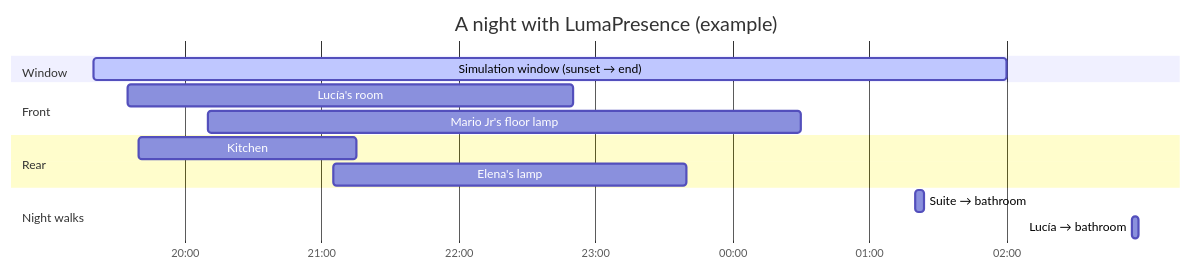
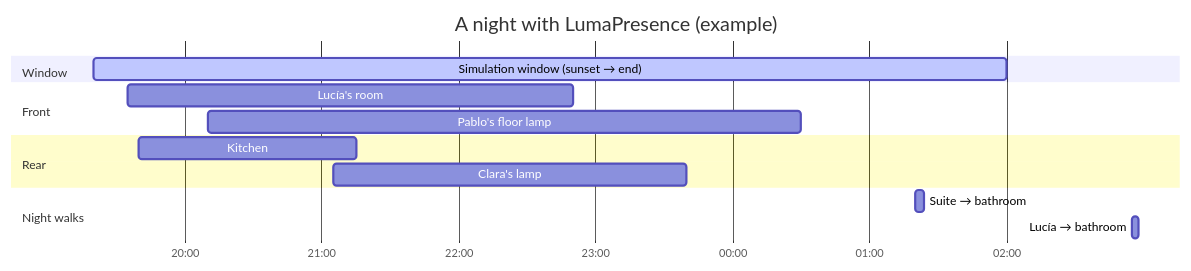
Before and after one commit to jdgarcia99/ha-luma-presence: the second of 4 diagrams in README.md, drawn with Mermaid.

Commit message:
Update names in README for consistency

````diff
--- a/README.md
+++ b/README.md
@@ -43,17 +43,17 @@
 ```mermaid
 gantt
     title A night with LumaPresence (example)
     dateFormat YYYY-MM-DD HH:mm
     axisFormat %H:%M
     section Window
     Simulation window (sunset → end)   :active, w, 2026-10-16 19:20, 2026-10-17 02:00
     section Front
     Lucía's room                         :f1, 2026-10-16 19:35, 2026-10-16 22:50
-    Mario Jr's floor lamp              :f2, 2026-10-16 20:10, 2026-10-17 00:30
+    Pablo's floor lamp              :f2, 2026-10-16 20:10, 2026-10-17 00:30
     section Rear
     Kitchen                             :r1, 2026-10-16 19:40, 2026-10-16 21:15
-    Elena's lamp                      :r2, 2026-10-16 21:05, 2026-10-16 23:40
+    Clara's lamp                      :r2, 2026-10-16 21:05, 2026-10-16 23:40
     section Night walks
     Suite → bathroom                    :n1, 2026-10-17 01:20, 4m
     Lucía → bathroom                     :n2, 2026-10-17 02:55, 3m
 ```
````
